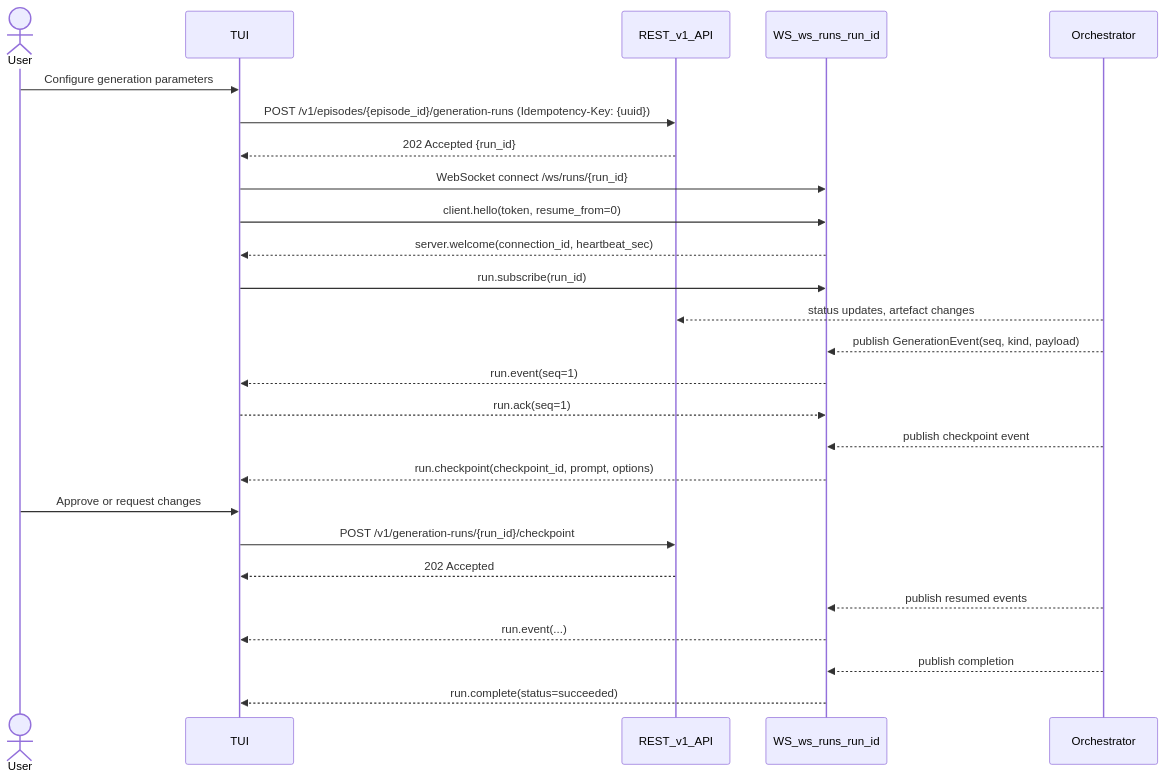
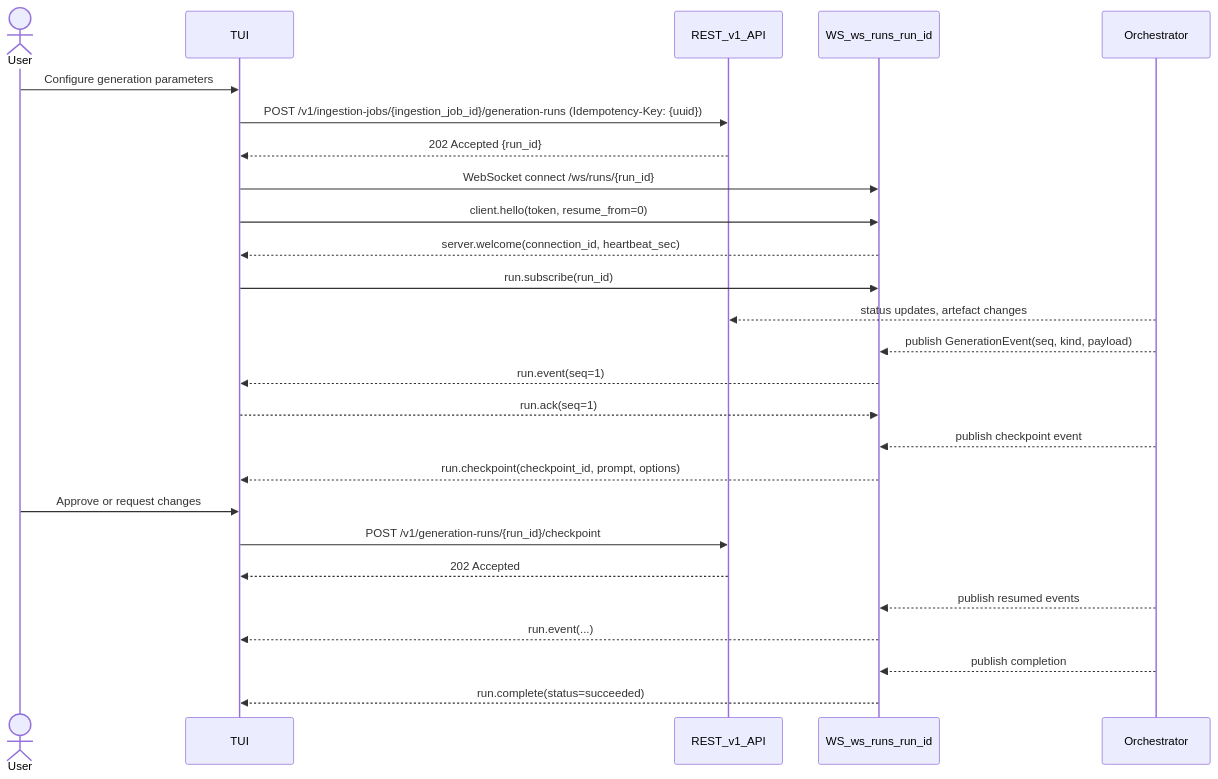
Before and after one commit to leynos/episodic: the seventh of 8 diagrams in docs/episodic-tui-api-design.md, drawn with Mermaid. The commit also changed other lines of this file and 124 other files, not shown here.

First line of the commit message:
No-QA generation runs and TEI-P5 retrieval (4.3.2) (#141)

````diff
--- a/docs/episodic-tui-api-design.md
+++ b/docs/episodic-tui-api-design.md
@@ -1104,35 +1107,35 @@
 ```mermaid
 sequenceDiagram
     actor User
     participant TUI
     participant REST_v1 as REST_v1_API
     participant WS_runs as WS_ws_runs_run_id
     participant Orchestrator
 
     User->>TUI: Configure generation parameters
-    TUI->>REST_v1: POST /v1/episodes/{episode_id}/generation-runs (Idempotency-Key: {uuid})
+    TUI->>REST_v1: POST /v1/ingestion-jobs/{ingestion_job_id}/generation-runs (Idempotency-Key: {uuid})
     REST_v1-->>TUI: 202 Accepted {run_id}
 
     TUI->>WS_runs: WebSocket connect /ws/runs/{run_id}
     TUI->>WS_runs: client.hello(token, resume_from=0)
     WS_runs-->>TUI: server.welcome(connection_id, heartbeat_sec)
     TUI->>WS_runs: run.subscribe(run_id)
 
     Orchestrator-->>REST_v1: status updates, artefact changes
     Orchestrator-->>WS_runs: publish GenerationEvent(seq, kind, payload)
     WS_runs-->>TUI: run.event(seq=1)
     TUI-->>WS_runs: run.ack(seq=1)
 
     Orchestrator-->>WS_runs: publish checkpoint event
     WS_runs-->>TUI: run.checkpoint(checkpoint_id, prompt, options)
 
     User->>TUI: Approve or request changes
     TUI->>REST_v1: POST /v1/generation-runs/{run_id}/checkpoint
     REST_v1-->>TUI: 202 Accepted
 
     Orchestrator-->>WS_runs: publish resumed events
     WS_runs-->>TUI: run.event(...)
 
     Orchestrator-->>WS_runs: publish completion
     WS_runs-->>TUI: run.complete(status=succeeded)
 ```
````
